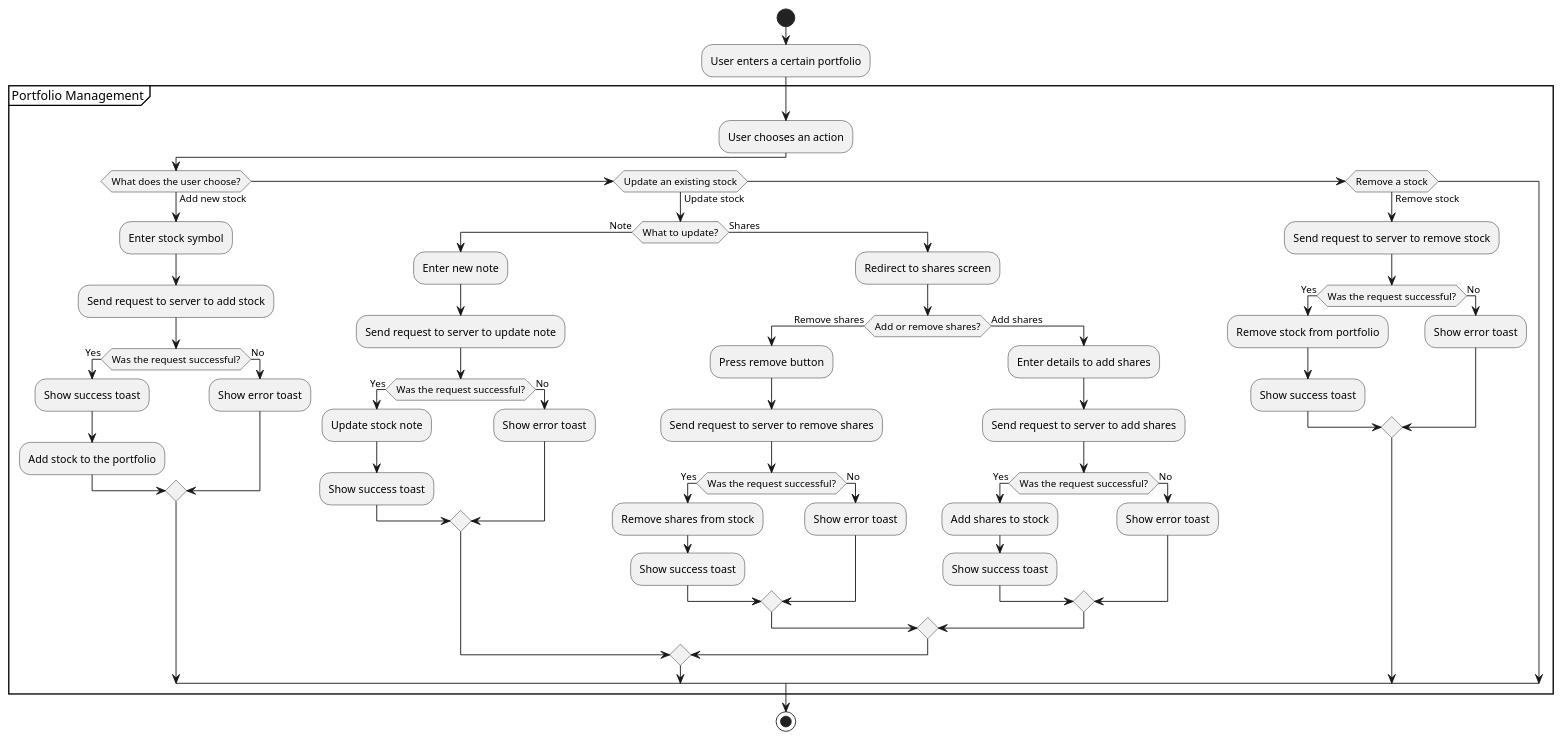
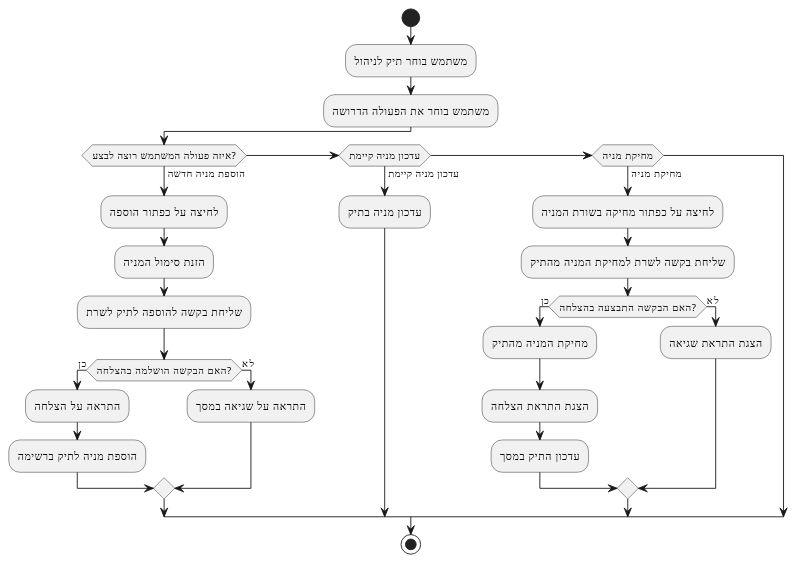
Before and after one commit to roei910/my-stocks: the diagram in oop course/draws/activity/ portfolioManagement.puml, drawn with PlantUML. The commit also changed 4 other files, not shown here.

```diff
--- a/oop course/draws/activity/ portfolioManagement.puml
+++ b/oop course/draws/activity/ portfolioManagement.puml
@@ -1,61 +1,32 @@
 @startuml
 start
 
-:User enters a certain portfolio;
+:משתמש בוחר תיק לניהול;
+:משתמש בוחר את הפעולה הדרושה;
 
-partition "Portfolio Management" {
-    :User chooses an action;
-    if (What does the user choose?) then (Add new stock)
-        :Enter stock symbol;
-        :Send request to server to add stock;
-        if (Was the request successful?) then (Yes)
-            :Show success toast;
-            :Add stock to the portfolio;
-        else (No)
-            :Show error toast;
-        endif
-    else if (Update an existing stock) then (Update stock)
-        if (What to update?) then (Note)
-            :Enter new note;
-            :Send request to server to update note;
-            if (Was the request successful?) then (Yes)
-                :Update stock note;
-                :Show success toast;
-            else (No)
-                :Show error toast;
-            endif
-        else (Shares)
-            :Redirect to shares screen;
-            if (Add or remove shares?) then (Remove shares)
-                :Press remove button;
-                :Send request to server to remove shares;
-                if (Was the request successful?) then (Yes)
-                    :Remove shares from stock;
-                    :Show success toast;
-                else (No)
-                    :Show error toast;
-                endif
-            else (Add shares)
-                :Enter details to add shares;
-                :Send request to server to add shares;
-                if (Was the request successful?) then (Yes)
-                    :Add shares to stock;
-                    :Show success toast;
-                else (No)
-                    :Show error toast;
-                endif
-            endif
-        endif
-    else if (Remove a stock) then (Remove stock)
-        :Send request to server to remove stock;
-        if (Was the request successful?) then (Yes)
-            :Remove stock from portfolio;
-            :Show success toast;
-        else (No)
-            :Show error toast;
-        endif
+if (איזה פעולה המשתמש רוצה לבצע?) then (הוספת מניה חדשה)
+    :לחיצה על כפתור הוספה;
+    :הזנת סימול המניה;
+    :שליחת בקשה להוספה לתיק לשרת;
+    if (האם הבקשה הושלמה בהצלחה?) then (כן)
+        :התראה על הצלחה;
+        :הוספת מניה לתיק ברשימה;
+    else (לא)
+        :התראה על שגיאה במסך;
     endif
-}
+else if (עדכון מניה קיימת) then (עדכון מניה קיימת)
+    :עדכון מניה בתיק;
+else if (מחיקת מניה) then (מחיקת מניה)
+    :לחיצה על כפתור מחיקה בשורת המניה;
+    :שליחת בקשה לשרת למחיקת המניה מהתיק;
+    if (האם הבקשה התבצעה בהצלחה?) then (כן)
+        :מחיקת המניה מהתיק;
+        :הצגת התראת הצלחה;
+        :עדכון התיק במסך;
+    else (לא)
+        :הצגת התראת שגיאה;
+    endif
+endif
 
 stop
 @enduml
```
